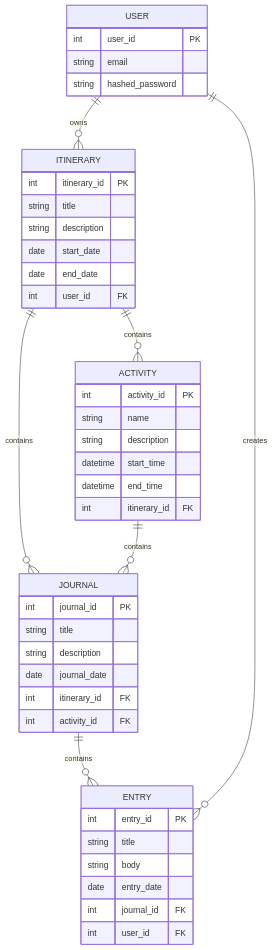
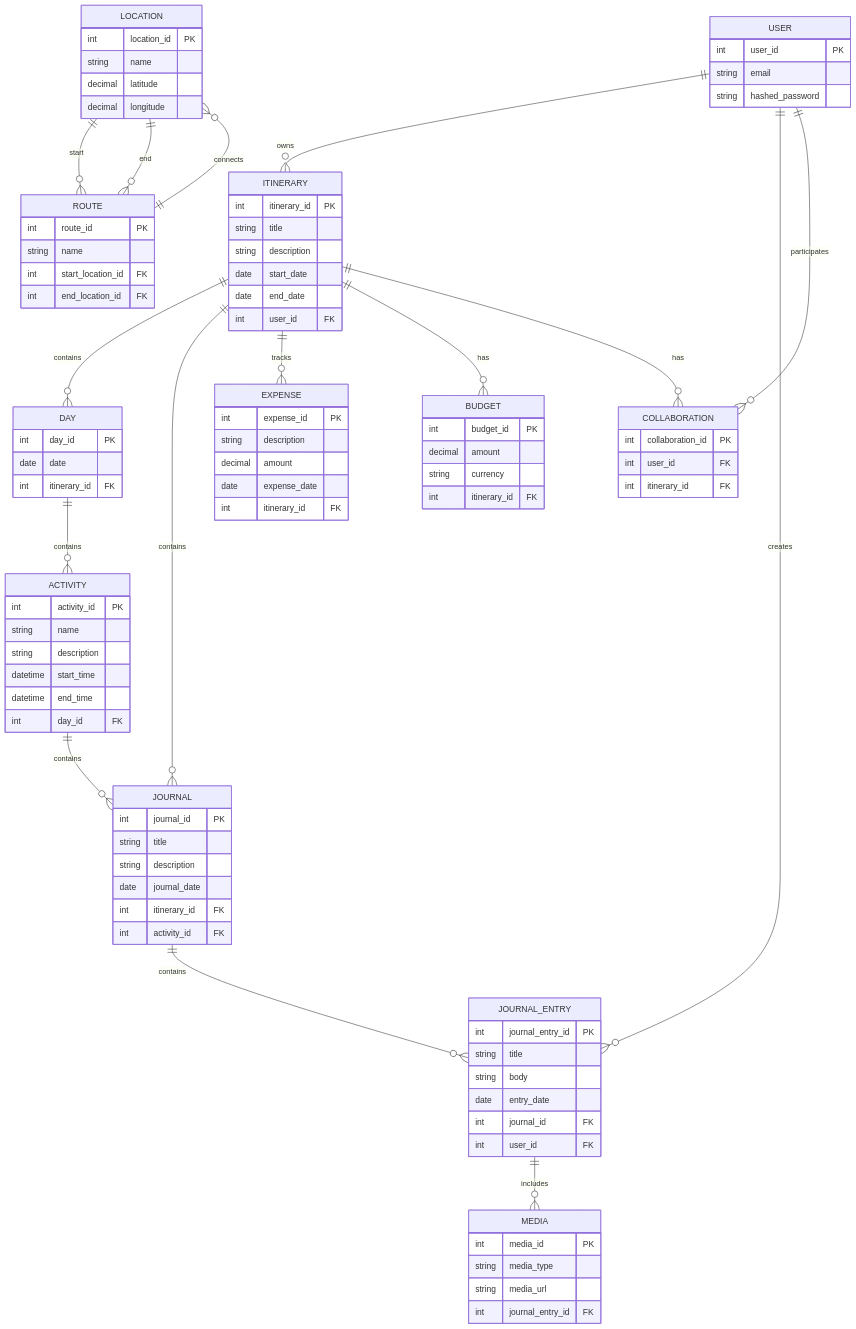
The diagram in README.md (jarlah/JourniPlan), drawn with Mermaid before and after one commit.

````diff
--- a/README.md
+++ b/README.md
@@ -29,13 +29,18 @@
         date end_date
         int user_id FK
     }
+    DAY {
+        int day_id PK
+        date date
+        int itinerary_id FK
+    }
     ACTIVITY {
         int activity_id PK
         string name
         string description
         datetime start_time
         datetime end_time
-        int itinerary_id FK
+        int day_id FK
     }
     JOURNAL {
         int journal_id PK
@@ -45,19 +50,64 @@
         int itinerary_id FK
         int activity_id FK
     }
-    ENTRY {
-        int entry_id PK
+    JOURNAL_ENTRY {
+        int journal_entry_id PK
         string title
         string body
         date entry_date
         int journal_id FK
         int user_id FK
     }
+    MEDIA {
+        int media_id PK
+        string media_type
+        string media_url
+        int journal_entry_id FK
+    }
+    EXPENSE {
+        int expense_id PK
+        string description
+        decimal amount
+        date expense_date
+        int itinerary_id FK
+    }
+    BUDGET {
+        int budget_id PK
+        decimal amount
+        string currency
+        int itinerary_id FK
+    }
+    LOCATION {
+        int location_id PK
+        string name
+        decimal latitude
+        decimal longitude
+    }
+    ROUTE {
+        int route_id PK
+        string name
+        int start_location_id FK
+        int end_location_id FK
+    }
+    COLLABORATION {
+        int collaboration_id PK
+        int user_id FK
+        int itinerary_id FK
+    }
 
     USER ||--o{ ITINERARY : owns
-    ITINERARY ||--o{ ACTIVITY : contains
+    USER ||--o{ JOURNAL_ENTRY : creates
+    ITINERARY ||--o{ DAY : contains
+    DAY ||--o{ ACTIVITY : contains
     ITINERARY ||--o{ JOURNAL : contains
     ACTIVITY ||--o{ JOURNAL : contains
-    JOURNAL ||--o{ ENTRY : contains
-    USER ||--o{ ENTRY : creates
+    JOURNAL ||--o{ JOURNAL_ENTRY : contains
+    JOURNAL_ENTRY ||--o{ MEDIA : includes
+    ITINERARY ||--o{ EXPENSE : tracks
+    ITINERARY ||--o{ BUDGET : has
+    LOCATION ||--o{ ROUTE : start
+    LOCATION ||--o{ ROUTE : end
+    ROUTE ||--o{ LOCATION : connects
+    USER ||--o{ COLLABORATION : participates
+    ITINERARY ||--o{ COLLABORATION : has
 ```
````
